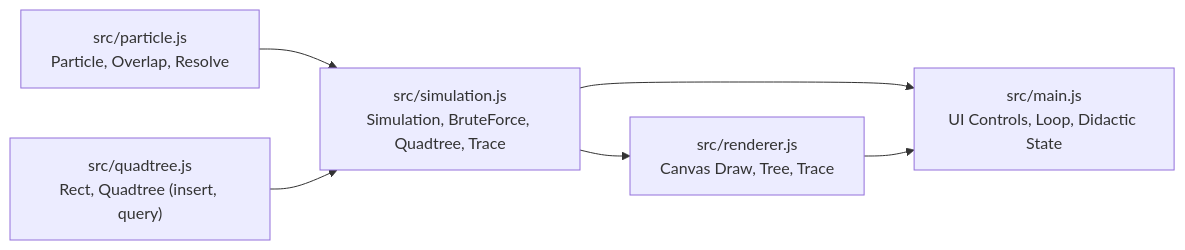
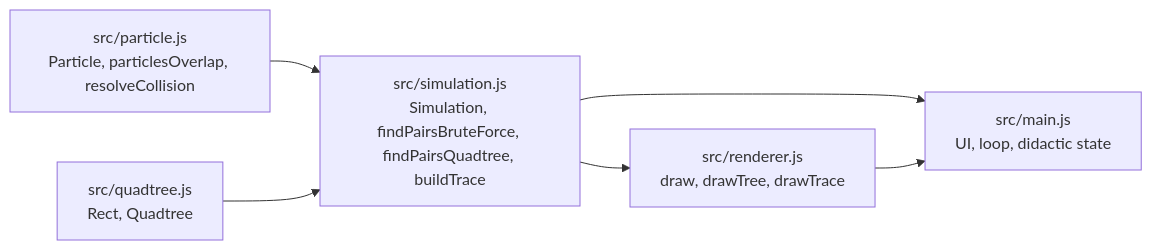
Before and after one commit to RaFeltrim/quadtree_ttec: the first of 2 diagrams in docs/arquitetura.md, drawn with Mermaid. The commit also changed other lines of this file and 3 other files, not shown here.

````diff
--- a/docs/arquitetura.md
+++ b/docs/arquitetura.md
@@ -9,8 +9,8 @@
 ```mermaid
 flowchart LR
-    P["src/particle.js<br/>Particle, Overlap, Resolve"] --> S["src/simulation.js<br/>Simulation, BruteForce, Quadtree, Trace"]
-    Q["src/quadtree.js<br/>Rect, Quadtree (insert, query)"] --> S
-    S --> R["src/renderer.js<br/>Canvas Draw, Tree, Trace"]
-    S --> M["src/main.js<br/>UI Controls, Loop, Didactic State"]
+    P["src/particle.js<br/>Particle, particlesOverlap, resolveCollision"] --> S["src/simulation.js<br/>Simulation, findPairsBruteForce, findPairsQuadtree, buildTrace"]
+    Q["src/quadtree.js<br/>Rect, Quadtree"] --> S
+    S --> R["src/renderer.js<br/>draw, drawTree, drawTrace"]
+    S --> M["src/main.js<br/>UI, loop, didactic state"]
     R --> M
 ```
````
